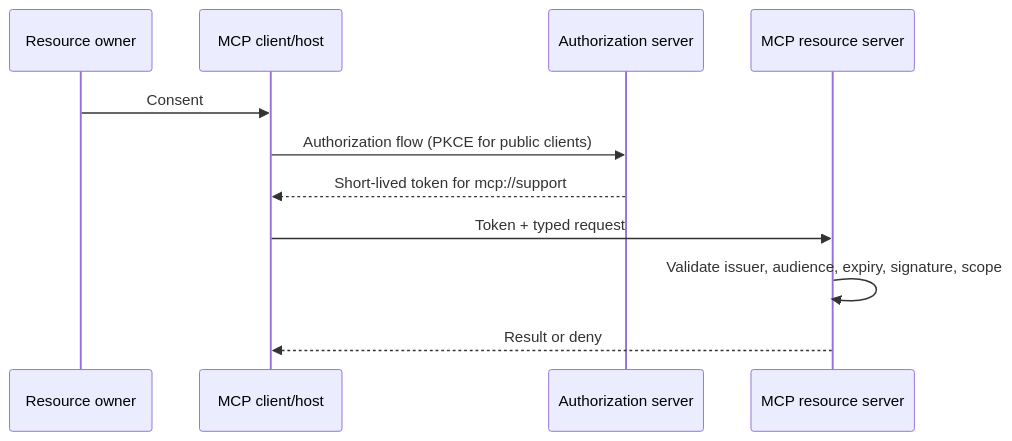
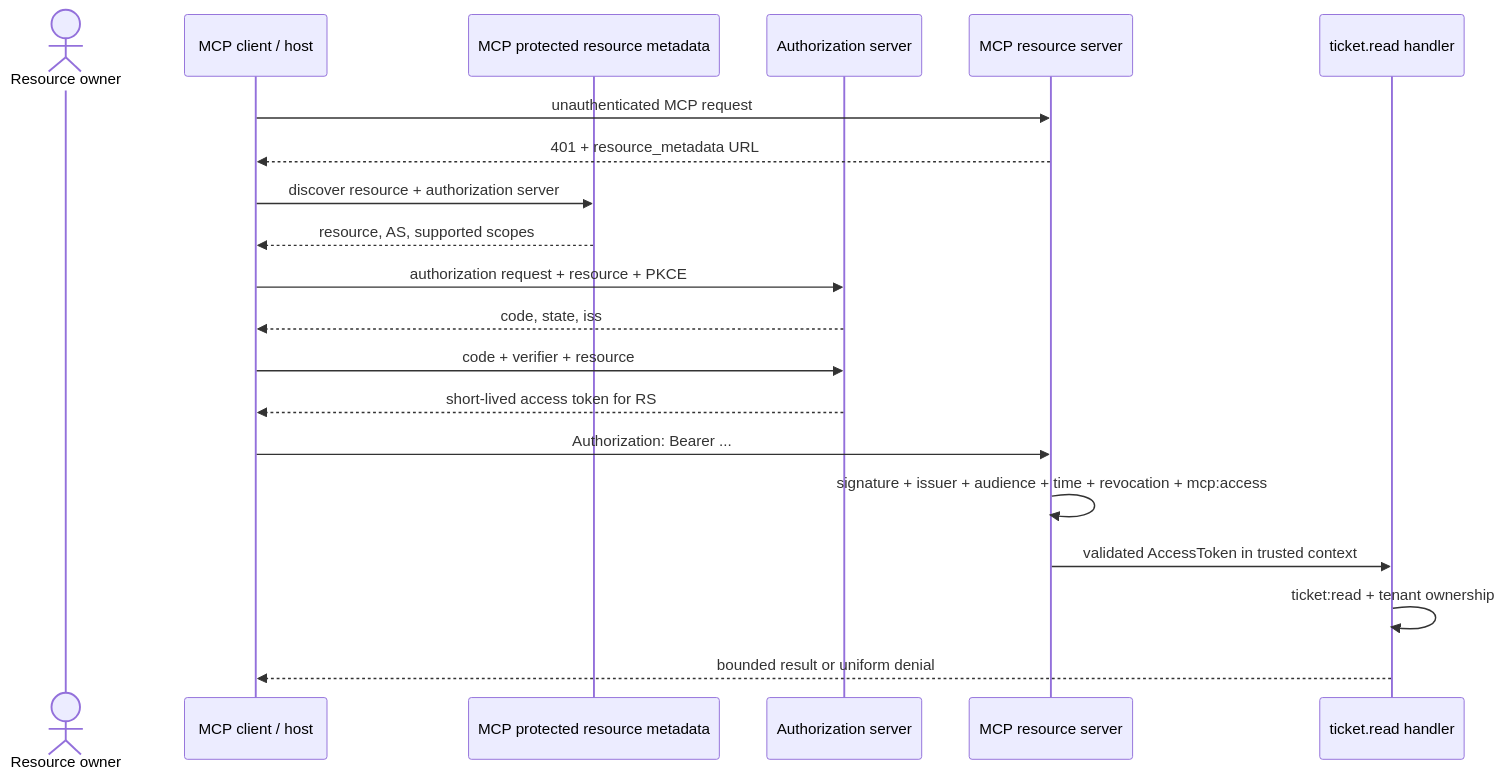
The diagram in curriculum/intermediate/06-mcp-authentication-oauth-security/README.md (mahsa-teimourikia/mcp-security), drawn with Mermaid before and after one commit. The commit also changed other lines of this file and 7 other files, not shown here.

````diff
--- a/curriculum/intermediate/06-mcp-authentication-oauth-security/README.md
+++ b/curriculum/intermediate/06-mcp-authentication-oauth-security/README.md
@@ -20,13 +69,23 @@
 ```mermaid
 sequenceDiagram
- participant U as Resource owner
- participant C as MCP client/host
- participant AS as Authorization server
- participant RS as MCP resource server
- U->>C: Consent
- C->>AS: Authorization flow (PKCE for public clients)
- AS-->>C: Short-lived token for mcp://support
- C->>RS: Token + typed request
- RS->>RS: Validate issuer, audience, expiry, signature, scope
- RS-->>C: Result or deny
+  actor U as Resource owner
+  participant C as MCP client / host
+  participant PRM as MCP protected resource metadata
+  participant AS as Authorization server
+  participant RS as MCP resource server
+  participant T as ticket.read handler
+
+  C->>RS: unauthenticated MCP request
+  RS-->>C: 401 + resource_metadata URL
+  C->>PRM: discover resource + authorization server
+  PRM-->>C: resource, AS, supported scopes
+  C->>AS: authorization request + resource + PKCE
+  AS-->>C: code, state, iss
+  C->>AS: code + verifier + resource
+  AS-->>C: short-lived access token for RS
+  C->>RS: Authorization: Bearer ...
+  RS->>RS: signature + issuer + audience + time + revocation + mcp:access
+  RS->>T: validated AccessToken in trusted context
+  T->>T: ticket:read + tenant ownership
+  T-->>C: bounded result or uniform denial
 ```
````
